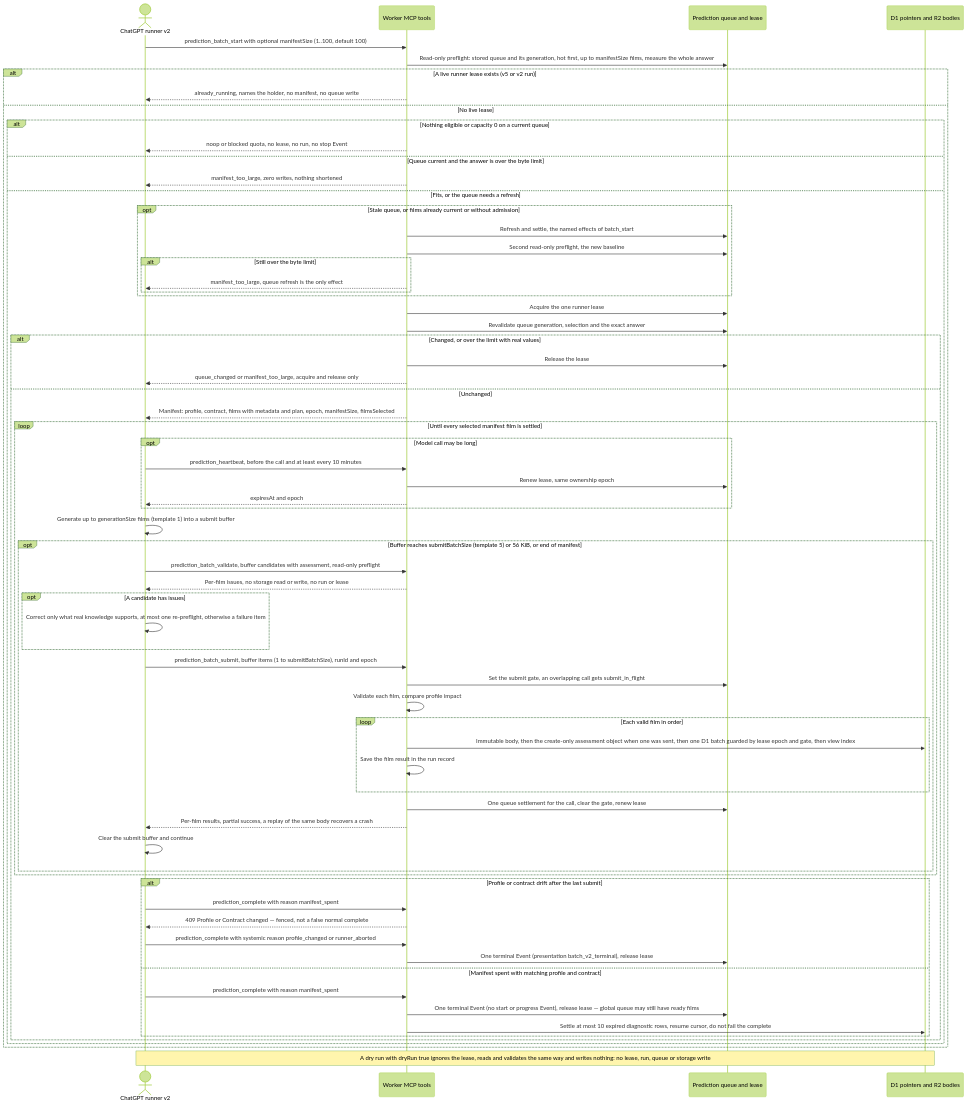
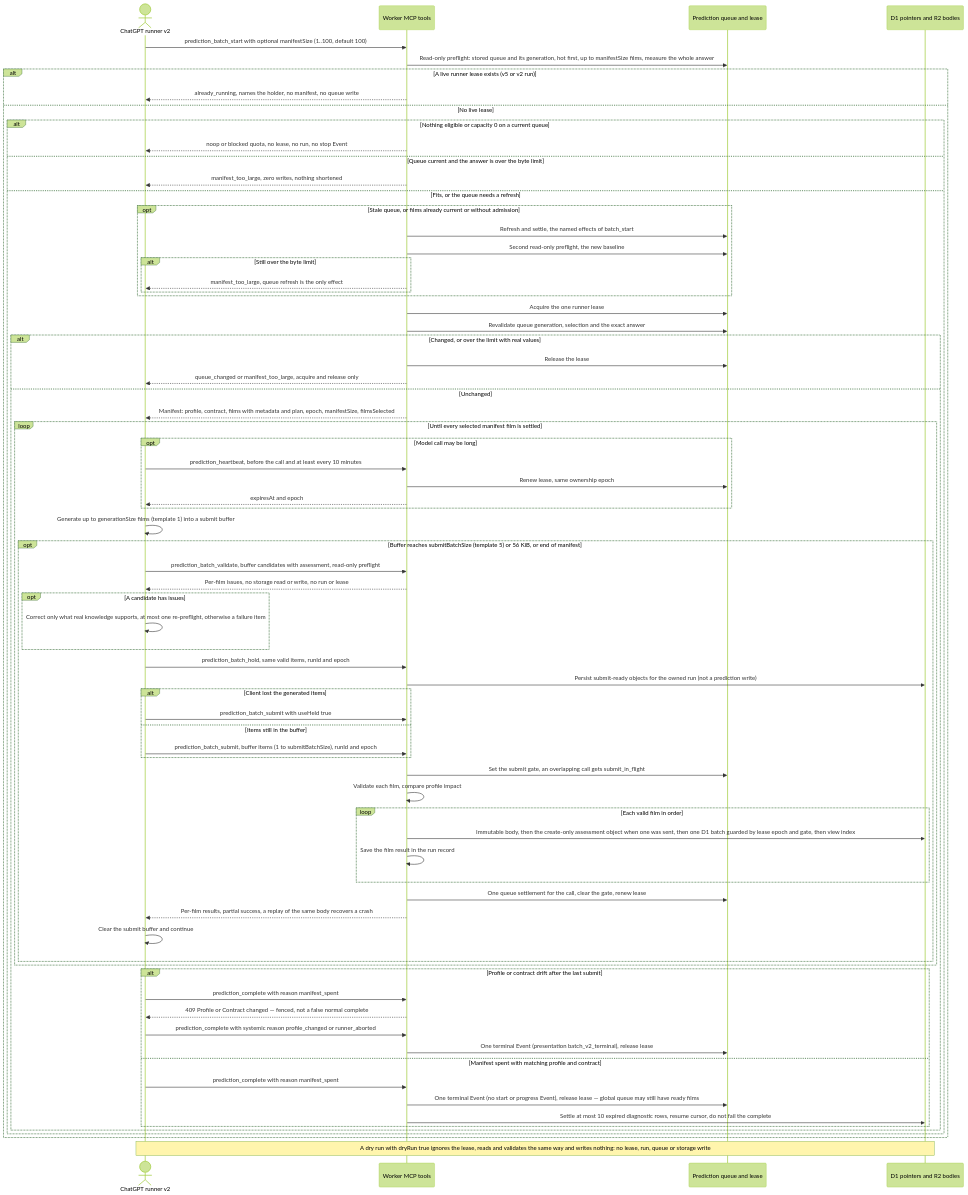
Before and after one commit to vladimino/iptv-watchlist: the second of 3 diagrams in docs/architecture/prediction-pipeline.md, drawn with Mermaid (forest theme). The commit also changed other lines of this file and 19 other files, not shown here.

First line of the commit message:
AIR-510: hold validated batch items and refuse blanket external_termination

````diff
--- a/docs/architecture/prediction-pipeline.md
+++ b/docs/architecture/prediction-pipeline.md
@@ -71,70 +71,76 @@
 ```mermaid
 sequenceDiagram
     actor Client as ChatGPT runner v2
     participant MCP as Worker MCP tools
     participant Queue as Prediction queue and lease
     participant Store as D1 pointers and R2 bodies
     Client->>MCP: prediction_batch_start with optional manifestSize (1..100, default 100)
     MCP->>Queue: Read-only preflight: stored queue and its generation, hot first, up to manifestSize films, measure the whole answer
     alt A live runner lease exists (v5 or v2 run)
         MCP-->>Client: already_running, names the holder, no manifest, no queue write
     else No live lease
         alt Nothing eligible or capacity 0 on a current queue
             MCP-->>Client: noop or blocked quota, no lease, no run, no stop Event
         else Queue current and the answer is over the byte limit
             MCP-->>Client: manifest_too_large, zero writes, nothing shortened
         else Fits, or the queue needs a refresh
             opt Stale queue, or films already current or without admission
                 MCP->>Queue: Refresh and settle, the named effects of batch_start
                 MCP->>Queue: Second read-only preflight, the new baseline
                 alt Still over the byte limit
                     MCP-->>Client: manifest_too_large, queue refresh is the only effect
                 end
             end
             MCP->>Queue: Acquire the one runner lease
             MCP->>Queue: Revalidate queue generation, selection and the exact answer
             alt Changed, or over the limit with real values
                 MCP->>Queue: Release the lease
                 MCP-->>Client: queue_changed or manifest_too_large, acquire and release only
             else Unchanged
                 MCP-->>Client: Manifest: profile, contract, films with metadata and plan, epoch, manifestSize, filmsSelected
                 loop Until every selected manifest film is settled
                     opt Model call may be long
                         Client->>MCP: prediction_heartbeat, before the call and at least every 10 minutes
                         MCP->>Queue: Renew lease, same ownership epoch
                         MCP-->>Client: expiresAt and epoch
                     end
                     Client->>Client: Generate up to generationSize films (template 1) into a submit buffer
                     opt Buffer reaches submitBatchSize (template 5) or 56 KiB, or end of manifest
                         Client->>MCP: prediction_batch_validate, buffer candidates with assessment, read-only preflight
                         MCP-->>Client: Per-film issues, no storage read or write, no run or lease
                         opt A candidate has issues
                             Client->>Client: Correct only what real knowledge supports, at most one re-preflight, otherwise a failure item
                         end
-                        Client->>MCP: prediction_batch_submit, buffer items (1 to submitBatchSize), runId and epoch
+                        Client->>MCP: prediction_batch_hold, same valid items, runId and epoch
+                        MCP->>Store: Persist submit-ready objects for the owned run (not a prediction write)
+                        alt Client lost the generated items
+                            Client->>MCP: prediction_batch_submit with useHeld true
+                        else Items still in the buffer
+                            Client->>MCP: prediction_batch_submit, buffer items (1 to submitBatchSize), runId and epoch
+                        end
                         MCP->>Queue: Set the submit gate, an overlapping call gets submit_in_flight
                         MCP->>MCP: Validate each film, compare profile impact
                         loop Each valid film in order
                             MCP->>Store: Immutable body, then the create-only assessment object when one was sent, then one D1 batch guarded by lease epoch and gate, then view index
                             MCP->>MCP: Save the film result in the run record
                         end
                         MCP->>Queue: One queue settlement for the call, clear the gate, renew lease
                         MCP-->>Client: Per-film results, partial success, a replay of the same body recovers a crash
                         Client->>Client: Clear the submit buffer and continue
                     end
                 end
                 alt Profile or contract drift after the last submit
                     Client->>MCP: prediction_complete with reason manifest_spent
                     MCP-->>Client: 409 Profile or Contract changed — fenced, not a false normal complete
                     Client->>MCP: prediction_complete with systemic reason profile_changed or runner_aborted
                     MCP->>Queue: One terminal Event (presentation batch_v2_terminal), release lease
                 else Manifest spent with matching profile and contract
                     Client->>MCP: prediction_complete with reason manifest_spent
                     MCP->>Queue: One terminal Event (no start or progress Event), release lease — global queue may still have ready films
                     MCP->>Store: Settle at most 10 expired diagnostic rows, resume cursor, do not fail the complete
                 end
             end
         end
     end
     Note over Client,Store: A dry run with dryRun true ignores the lease, reads and validates the same way and writes nothing: no lease, run, queue or storage write
 ```
````
